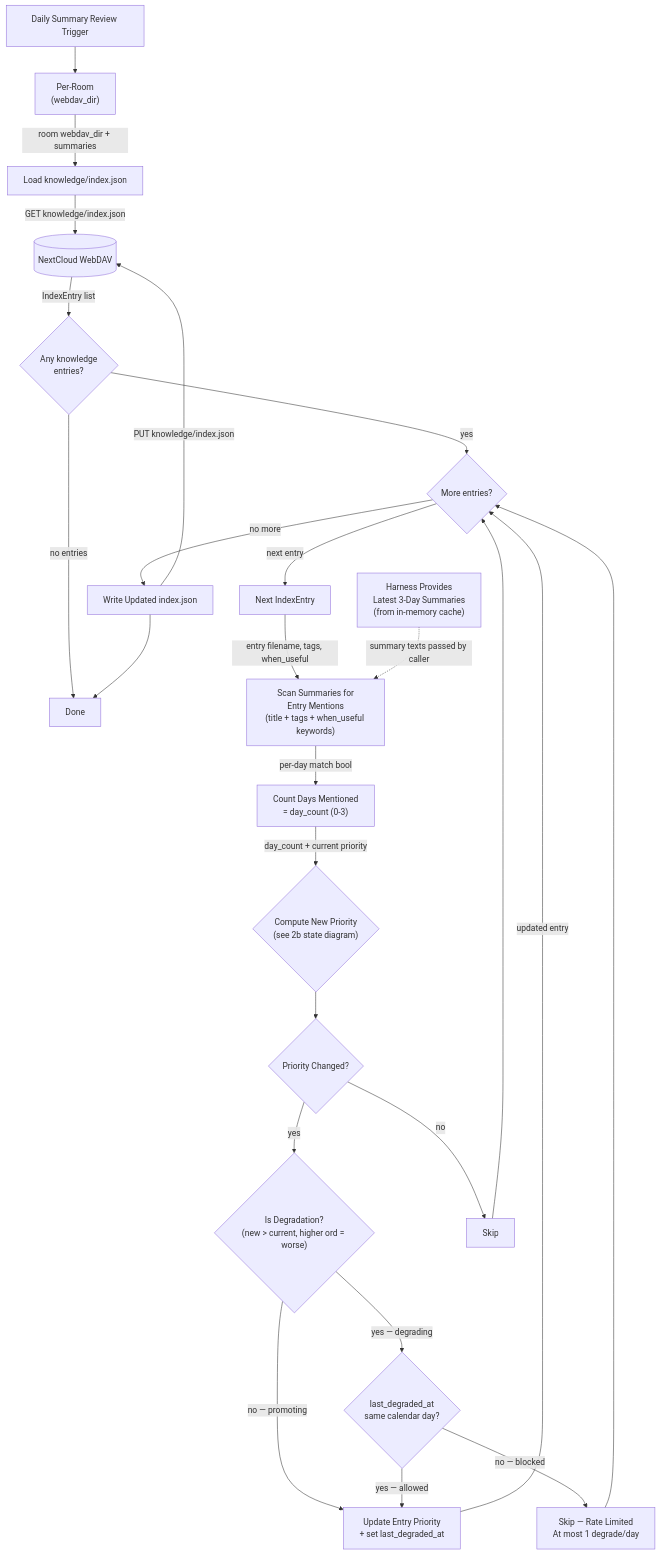
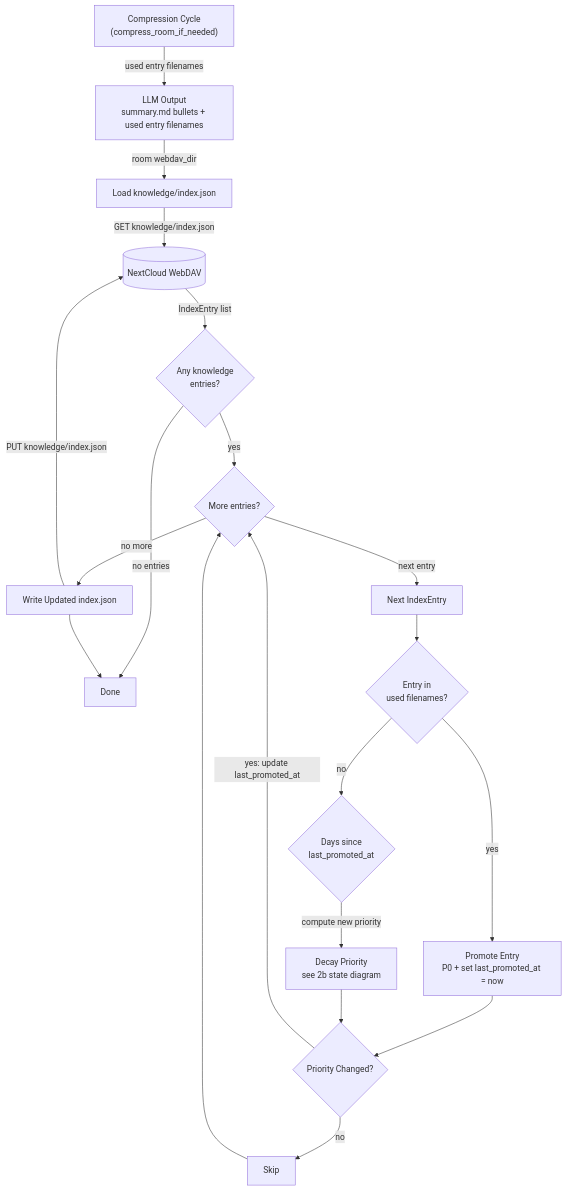
Before and after one commit to cosmoswafer/rockbot: the first of 5 diagrams in _dfds/base/knowledge-priority.md, drawn with Mermaid. The commit also changed other lines of this file and 5 other files, not shown here.

First line of the commit message:
Revise DFDs: replace daily summaries with single summary.md compression

````diff
--- a/_dfds/base/knowledge-priority.md
+++ b/_dfds/base/knowledge-priority.md
@@ -31,47 +32,38 @@
 ```mermaid
 flowchart TD
-    START[Daily Summary Review Trigger]
-    ROOM["Per-Room<br/>(webdav_dir)"]
-    LOAD_SUMS["Harness Provides<br/>Latest 3-Day Summaries<br/>(from in-memory cache)"]
+    COMPRESS["Compression Cycle<br/>(compress_room_if_needed)"]
+    LLM_OUT["LLM Output<br/>summary.md bullets + used entry filenames"]
     DAV[(NextCloud WebDAV)]
     LOAD_IDX["Load knowledge/index.json"]
     EMPTY{Any knowledge<br/>entries?}
     DONE[Done]
     TICK{More entries?}
     NEXT[Next IndexEntry]
-    SCAN["Scan Summaries for<br/>Entry Mentions<br/>(title + tags + when_useful keywords)"]
-    COUNT["Count Days Mentioned<br/>= day_count (0-3)"]
-    NEW_PRIO{"Compute New Priority<br/>(see 2b state diagram)"}
+    IS_USED{"Entry in<br/>used filenames?"}
+    PROMOTE["Promote Entry<br/>P0 + set last_promoted_at = now"]
+    CHECK_DAYS{"Days since<br/>last_promoted_at"}
+    DECAY["Decay Priority<br/>see 2b state diagram"]
     CHANGED{Priority Changed?}
-    DEGRADE{"Is Degradation?<br/>(new &gt; current, higher ord = worse)"}
-    RATE_CHECK{"last_degraded_at<br/>same calendar day?"}
-    RATE_SKIP[Skip — Rate Limited<br/>At most 1 degrade/day]
-    MARK_DIRTY[Update Entry Priority<br/>+ set last_degraded_at]
     WRITE_IDX["Write Updated index.json"]
     SKIP[Skip]
 
-    START --> ROOM
-    ROOM -->|"room webdav_dir + summaries"| LOAD_IDX
+    COMPRESS -->|"used entry filenames"| LLM_OUT
+    LLM_OUT -->|"room webdav_dir"| LOAD_IDX
     LOAD_IDX -->|"GET knowledge/index.json"| DAV
     DAV -->|"IndexEntry list"| EMPTY
     EMPTY -->|"no entries"| DONE
     EMPTY -->|"yes"| TICK
     TICK -->|"next entry"| NEXT
     TICK -->|"no more"| WRITE_IDX
-    NEXT -->|"entry filename, tags, when_useful"| SCAN
-    LOAD_SUMS -.->|"summary texts passed by caller"| SCAN
-    SCAN -->|"per-day match bool"| COUNT
-    COUNT -->|"day_count + current priority"| NEW_PRIO
-    NEW_PRIO --> CHANGED
-    CHANGED -->|"yes"| DEGRADE
+    NEXT --> IS_USED
+    IS_USED -->|"yes"| PROMOTE
+    IS_USED -->|"no"| CHECK_DAYS
+    PROMOTE --> CHANGED
+    CHECK_DAYS -->|"compute new priority"| DECAY
+    DECAY --> CHANGED
+    CHANGED -->|"yes: update last_promoted_at"| TICK
     CHANGED -->|"no"| SKIP
-    DEGRADE -->|"yes — degrading"| RATE_CHECK
-    DEGRADE -->|"no — promoting"| MARK_DIRTY
-    RATE_CHECK -->|"yes — allowed"| MARK_DIRTY
-    RATE_CHECK -->|"no — blocked"| RATE_SKIP
-    MARK_DIRTY -->|"updated entry"| TICK
-    RATE_SKIP --> TICK
     SKIP --> TICK
     WRITE_IDX -->|"PUT knowledge/index.json"| DAV
     WRITE_IDX --> DONE
 ```
````
